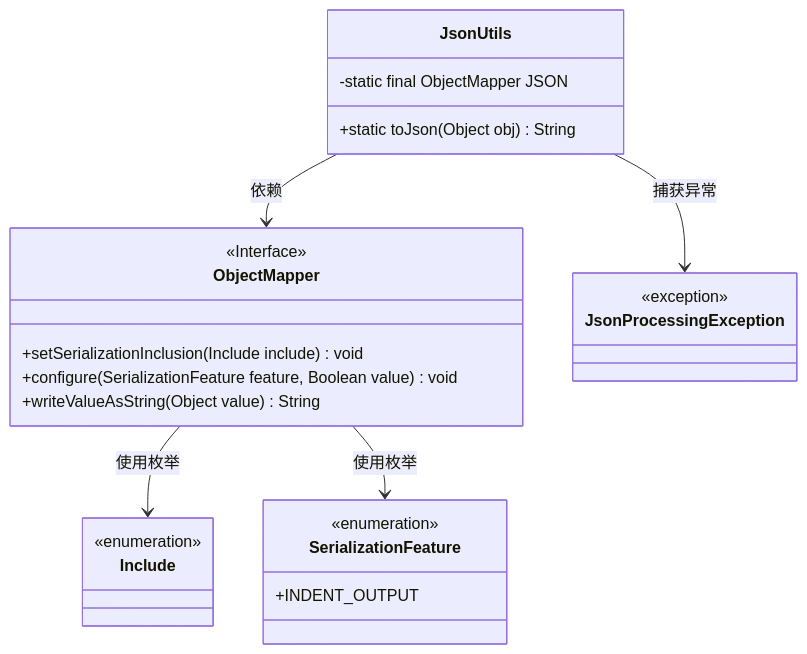
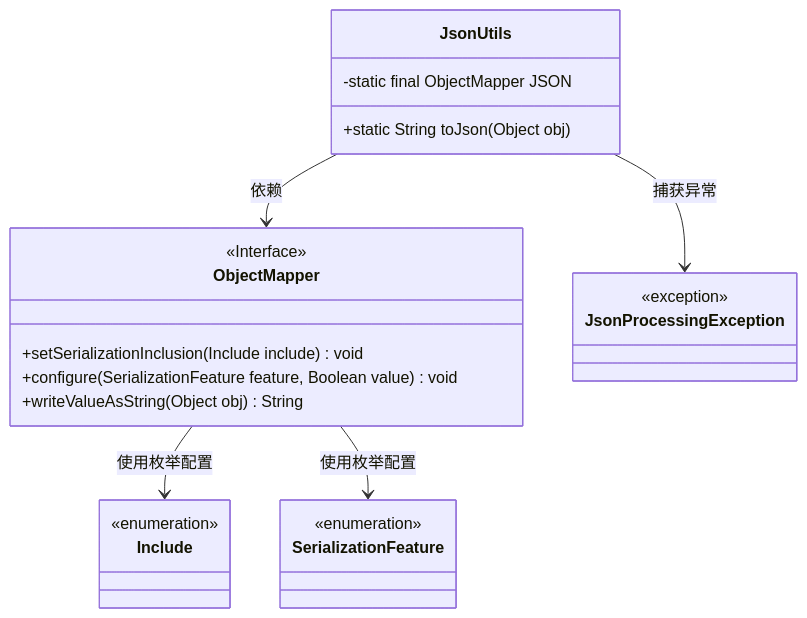
The first of 2 diagrams in docs/zh/docs/src/main/java/com/github/binarywang/demo/wx/miniapp/utils/JsonUtils.md (v-wjrong/binary_weixin-java-miniapp-demo), drawn with Mermaid before and after one commit. The commit also changed other lines of this file and 47 other files, not shown here.

````diff
--- a/docs/zh/docs/src/main/java/com/github/binarywang/demo/wx/miniapp/utils/JsonUtils.md
+++ b/docs/zh/docs/src/main/java/com/github/binarywang/demo/wx/miniapp/utils/JsonUtils.md
@@ -36,32 +36,31 @@
 ```mermaid
 classDiagram
     class JsonUtils {
         -static final ObjectMapper JSON
-        +static toJson(Object obj) String
+        +static String toJson(Object obj)
     }
 
     class ObjectMapper {
         <<Interface>>
         +setSerializationInclusion(Include include) void
         +configure(SerializationFeature feature, Boolean value) void
-        +writeValueAsString(Object value) String
+        +writeValueAsString(Object obj) String
     }
 
     class Include {
         <<enumeration>>
     }
 
     class SerializationFeature {
         <<enumeration>>
-        +INDENT_OUTPUT
     }
 
     class JsonProcessingException {
         <<exception>>
     }
 
     JsonUtils --> ObjectMapper : 依赖
     JsonUtils --> JsonProcessingException : 捕获异常
-    ObjectMapper --> Include : 使用枚举
-    ObjectMapper --> SerializationFeature : 使用枚举
+    ObjectMapper --> Include : 使用枚举配置
+    ObjectMapper --> SerializationFeature : 使用枚举配置
 ```
````
